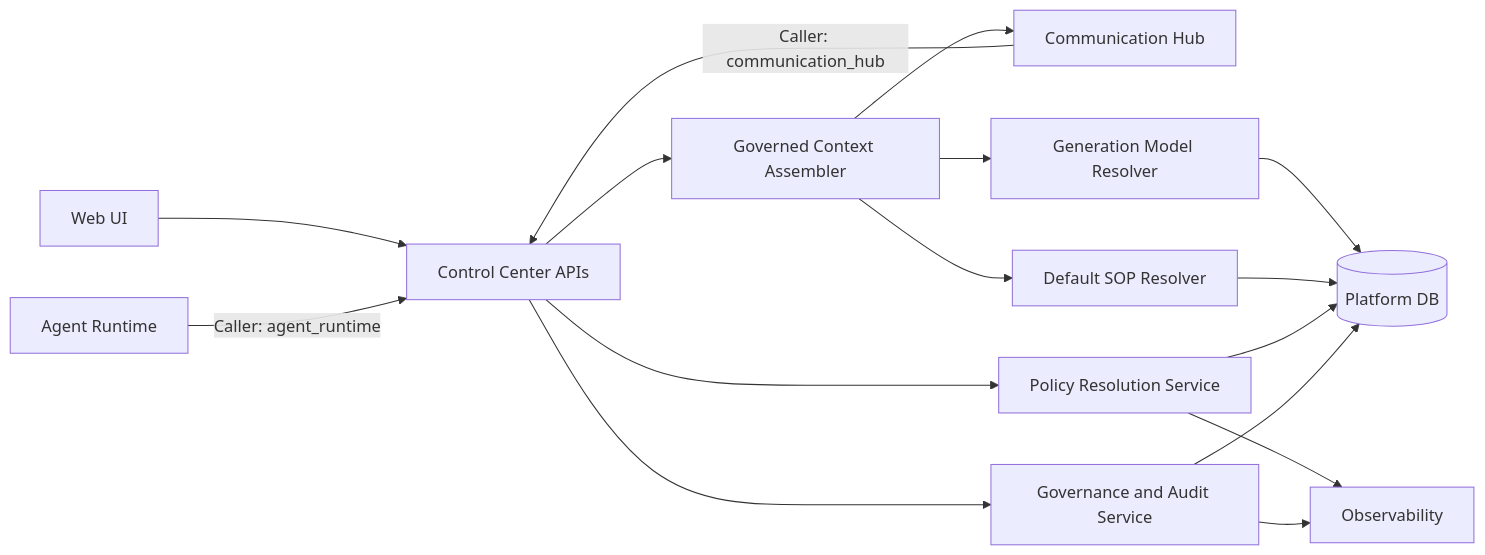
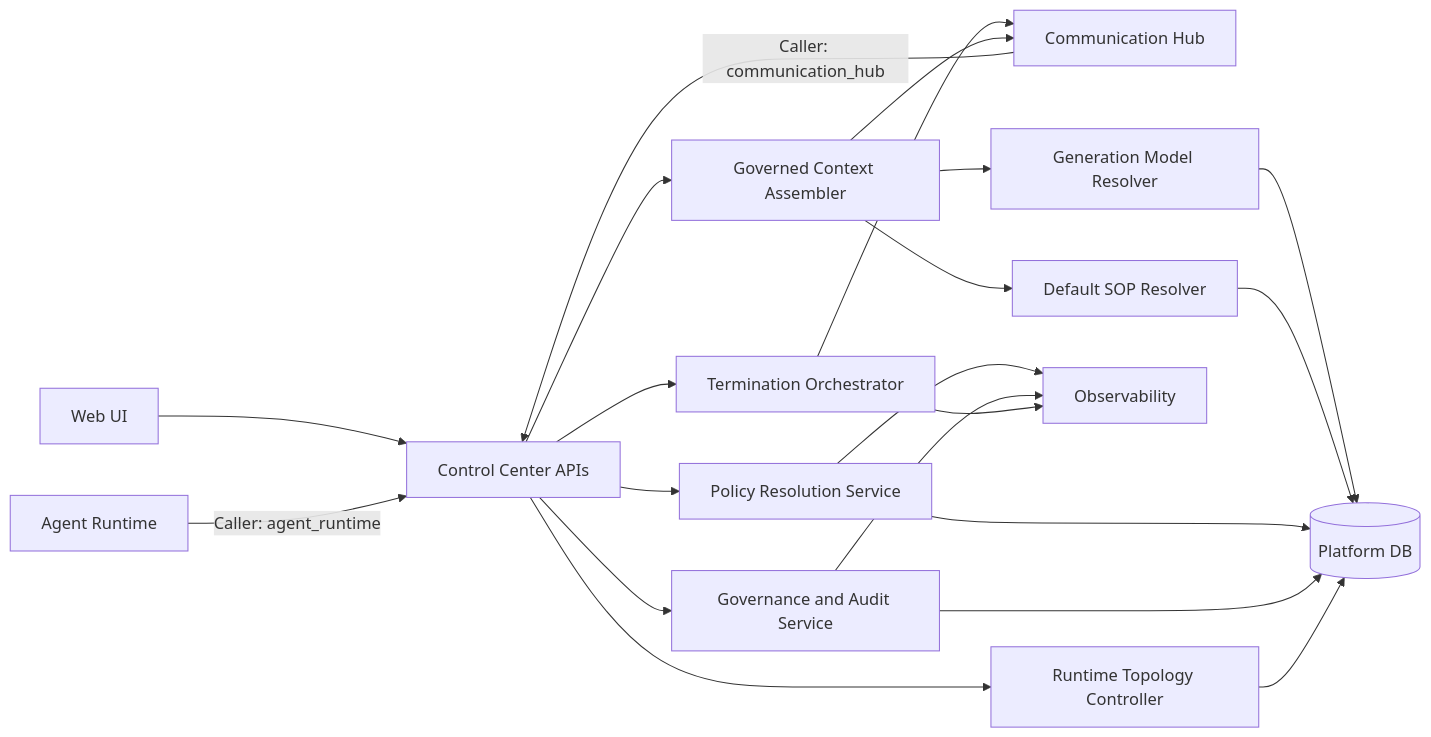
One commit to hurungang/parthenon changed the first of 2 diagrams in docs/master/architecture/modules/control-center/architecture.md. Above: the diagram before and after it, drawn with Mermaid. The commit also changed 33 other files, not shown here.

````diff
--- a/docs/master/architecture/modules/control-center/architecture.md
+++ b/docs/master/architecture/modules/control-center/architecture.md
@@ -3,30 +3,35 @@
 ```mermaid
 flowchart LR
     UI[Web UI]
     CH[Communication Hub]
     AR[Agent Runtime]
     API[Control Center APIs]
     POL[Policy Resolution Service]
     CTX[Governed Context Assembler]
     CFG[Generation Model Resolver]
     SOP[Default SOP Resolver]
     GOV[Governance and Audit Service]
     DB[(Platform DB)]
     OBS[Observability]
 
     UI --> API
     CH -->|Caller: communication_hub| API
     AR -->|Caller: agent_runtime| API
     API --> POL
     API --> CTX
+    API --> TOPO[Runtime Topology Controller]
+    API --> TERM[Termination Orchestrator]
     CTX --> CFG
     CTX --> SOP
     CFG --> DB
     SOP --> DB
     API --> GOV
     POL --> DB
     GOV --> DB
+    TOPO --> DB
+    TERM --> CH
     CTX --> CH
     POL --> OBS
     GOV --> OBS
+    TERM --> OBS
 ```
````
